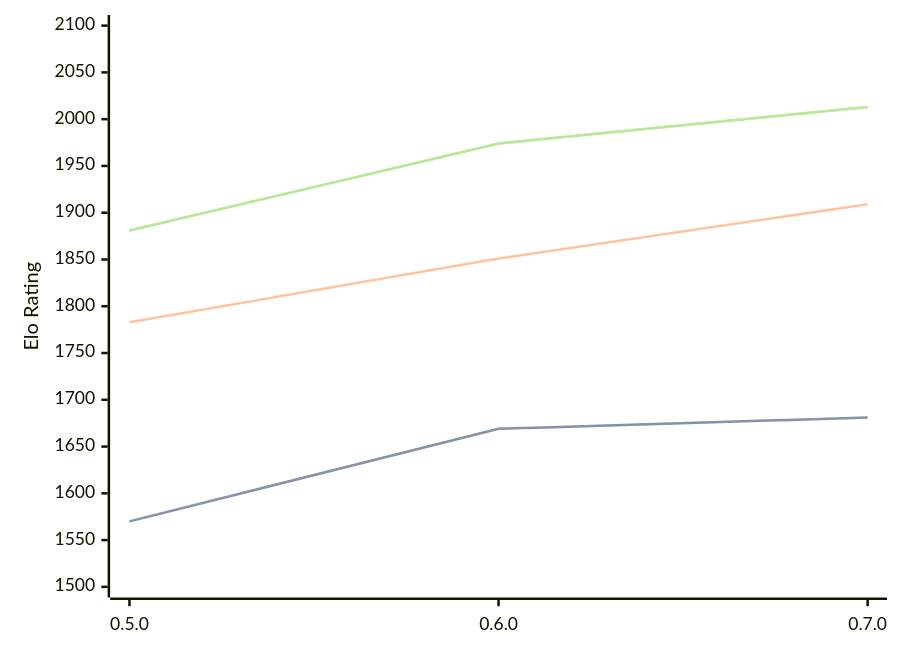
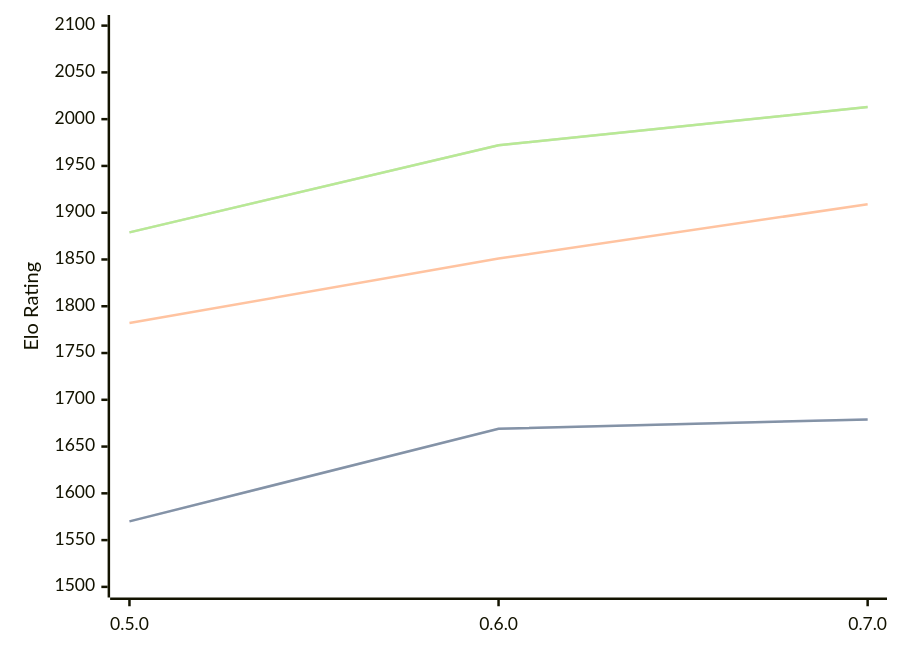
The diagram in engines/Chess-rs.md (computer-chess-index/cci), drawn with Mermaid before and after one commit. The commit also changed other lines of this file, not shown here.

Commit message:
Update CCI Ratings (ELO VLTC) - 2026-07-27

````diff
--- a/engines/Chess-rs.md
+++ b/engines/Chess-rs.md
@@ -41,11 +41,11 @@
 ```mermaid
 %%{init: {"theme":"base","themeVariables":{"seriesColors:['#a3a3a3','#222221','#faa371']}}}%%
 xychart-beta
   x-axis ["0.5.0", "0.6.0", "0.7.0"]
   y-axis "Elo Rating" 1500 --> 2100
-  line "STC (8.0+0.08s)" [1570, 1669, 1681]
-  line "STC (8.0+0.08s)" [1570, 1669, 1681]
-  line "LTC (60.0+0.60s)" [1783, 1851, 1909]
-  line "VLTC (2m24s+1.12s)" [1881, 1974, 2013]
-  line "VLTC (2m24s+1.12s)" [1881, 1974, 2013]
+  line "STC (8.0+0.08s)" [1570, 1669, 1679]
+  line "STC (8.0+0.08s)" [1570, 1669, 1679]
+  line "LTC (60.0+0.60s)" [1782, 1851, 1909]
+  line "VLTC (2m24s+1.12s)" [1879, 1972, 2013]
+  line "VLTC (2m24s+1.12s)" [1879, 1972, 2013]
 ```
````
